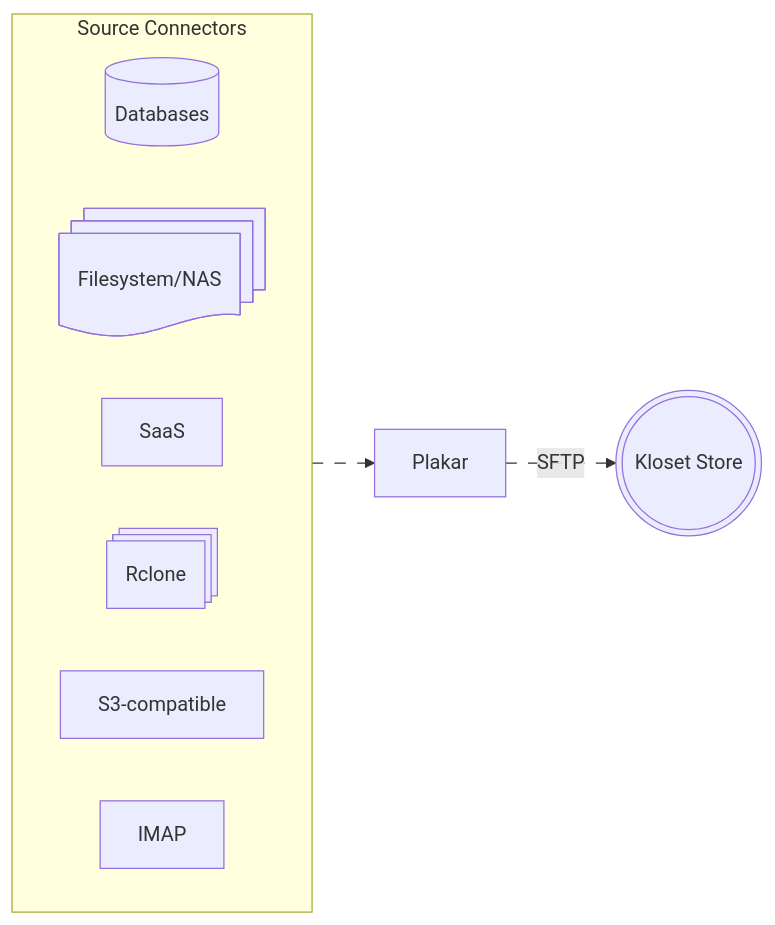
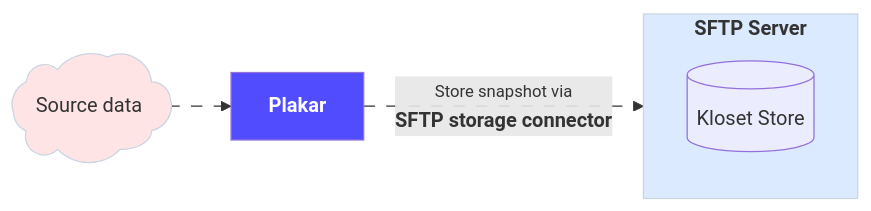
The first of 3 diagrams in content/docs/v1.0.6/integrations/sftp/index.md (PlakarKorp/plakar.io), drawn with Mermaid before and after one commit. The commit also changed other lines of this file, not shown here.

Commit message:
sftp: better schemas

```diff
--- a/content/docs/v1.0.6/integrations/sftp/index.md
+++ b/content/docs/v1.0.6/integrations/sftp/index.md
@@ -115,17 +115,25 @@
 {{< mermaid >}}
 flowchart LR
-  subgraph Sources[Source Connectors]
-    direction LR
-    DB[(Databases)]
-    FS@{ shape: docs, label: "Filesystem/NAS" }
-    SAS[SaaS]
-    RCLONE@{ shape: st-rect, label: "Rclone" }
-    S3[S3‑compatible]
-    IMAP[IMAP]
-  end
-  Sources e1@--> Plakar[Plakar]
-  Plakar e2@-->|SFTP| Kloset(((Kloset Store)))
-  classDef animate stroke-dasharray: 9,5,stroke-dashoffset: 900,animation: dash 25s linear infinite;
-  class e1 animate
-  class e2 animate
+
+Source@{ shape: cloud, label: "Source data" }
+
+Source --> Plakar[<b>Plakar</b>]
+
+subgraph Store[<b>SFTP Server</b>]
+  Kloset@{ shape: cyl, label: "Kloset Store" }
+end
+
+Plakar -- <small>Store snapshot via</small><br><b>SFTP storage connector</b> --> Store
+
+%% Apply classes
+class Source sourceBox
+class Plakar brandBox
+class Store storeBox
+
+%% Classes definitions
+classDef sourceBox fill:#ffe4e6,stroke:#cad5e2,stroke-width:1px
+classDef brandBox fill:#524cff,color:#ffffff
+classDef storeBox fill:#dbeafe,stroke:#cad5e2,stroke-width:1px
+
+linkStyle default stroke-dasharray: 9,5,stroke-dashoffset: 900,animation: dash 25s linear infinite;
 {{< /mermaid >}}
```
